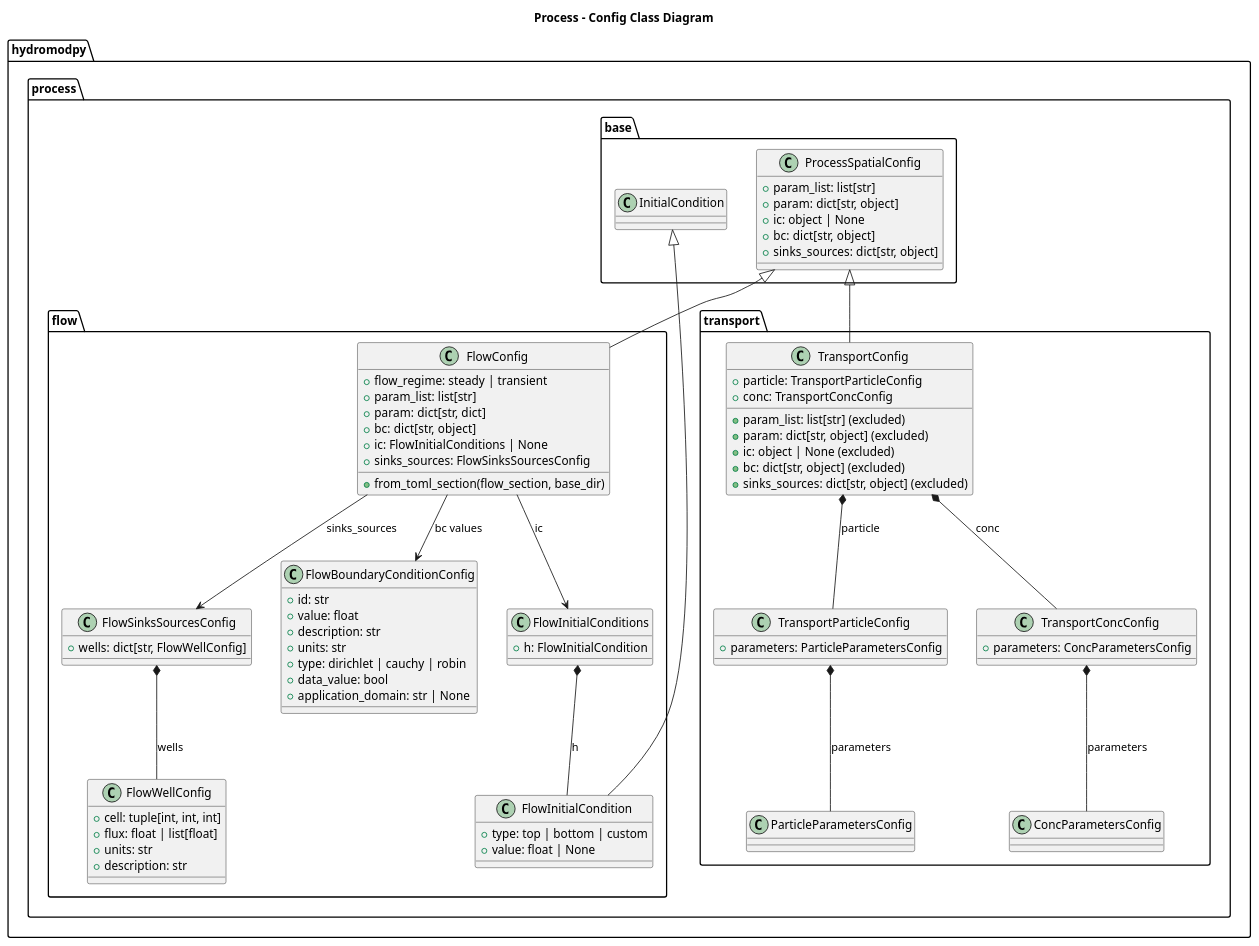
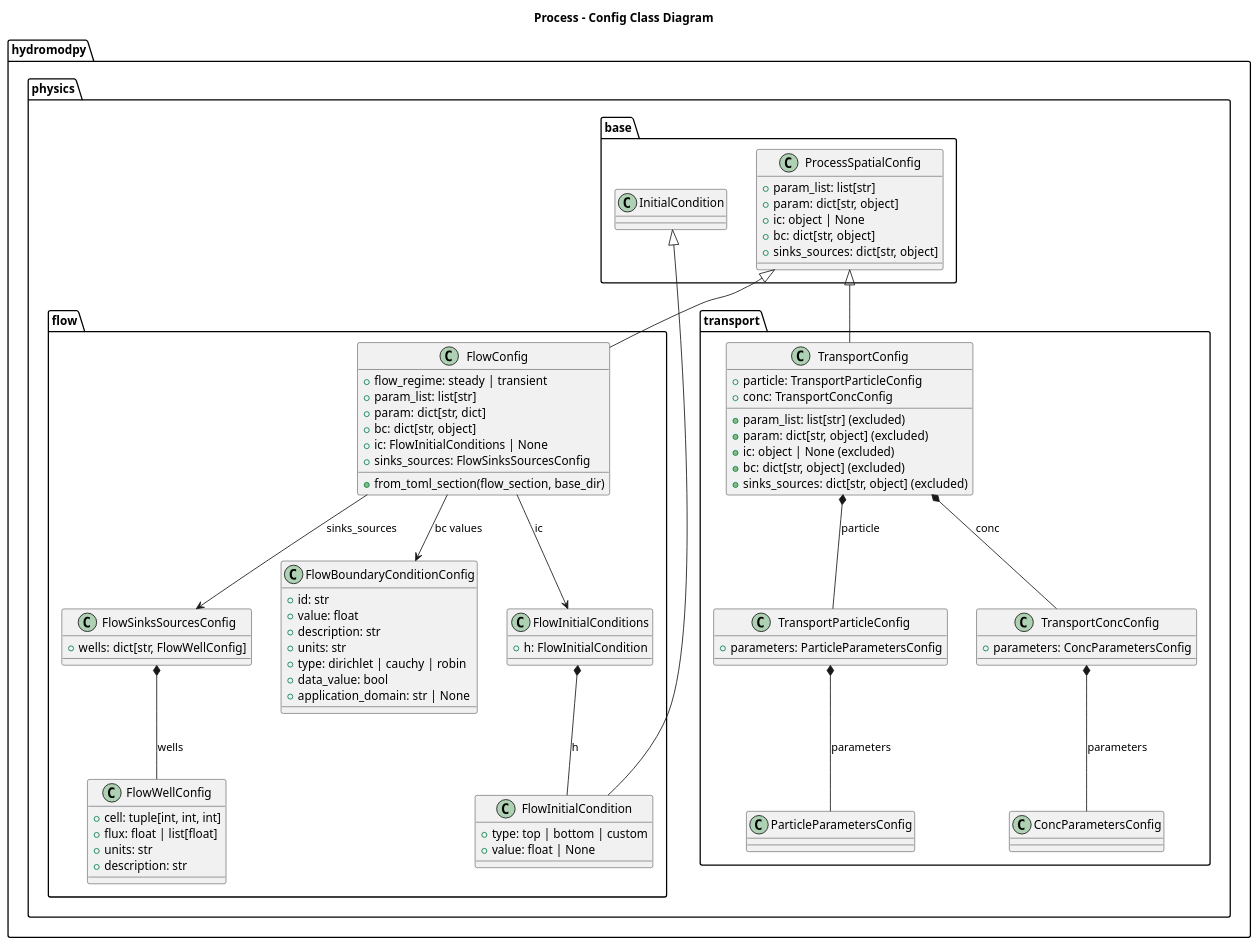
The diagram in docs/readthedocs/source/architecture/process/diagrams/process_config_class.wsd (HydroModPy/HydroModPy), drawn with PlantUML before and after one commit. The commit also changed 69 other files, not shown here.

```diff
--- a/docs/readthedocs/source/architecture/process/diagrams/process_config_class.wsd
+++ b/docs/readthedocs/source/architecture/process/diagrams/process_config_class.wsd
@@ -1,89 +1,89 @@
 @startuml
 title Process - Config Class Diagram
 
-package "hydromodpy.process.base" {
+package "hydromodpy.physics.base" {
   class ProcessSpatialConfig {
     +param_list: list[str]
     +param: dict[str, object]
     +ic: object | None
     +bc: dict[str, object]
     +sinks_sources: dict[str, object]
   }
 
   class InitialCondition
 }
 
-package "hydromodpy.process.flow" {
+package "hydromodpy.physics.flow" {
   class FlowConfig {
     +flow_regime: steady | transient
     +param_list: list[str]
     +param: dict[str, dict]
     +bc: dict[str, object]
     +ic: FlowInitialConditions | None
     +sinks_sources: FlowSinksSourcesConfig
     +from_toml_section(flow_section, base_dir)
   }
 
   class FlowInitialCondition {
     +type: top | bottom | custom
     +value: float | None
   }
   class FlowInitialConditions {
     +h: FlowInitialCondition
   }
   class FlowBoundaryConditionConfig {
     +id: str
     +value: float
     +description: str
     +units: str
     +type: dirichlet | cauchy | robin
     +data_value: bool
     +application_domain: str | None
   }
   class FlowWellConfig {
     +cell: tuple[int, int, int]
     +flux: float | list[float]
     +units: str
     +description: str
   }
   class FlowSinksSourcesConfig {
     +wells: dict[str, FlowWellConfig]
   }
 }
 
-package "hydromodpy.process.transport" {
+package "hydromodpy.physics.transport" {
   class TransportConfig {
     +particle: TransportParticleConfig
     +conc: TransportConcConfig
     +param_list: list[str] (excluded)
     +param: dict[str, object] (excluded)
     +ic: object | None (excluded)
     +bc: dict[str, object] (excluded)
     +sinks_sources: dict[str, object] (excluded)
   }
 
   class ParticleParametersConfig
   class TransportParticleConfig {
     +parameters: ParticleParametersConfig
   }
   class ConcParametersConfig
   class TransportConcConfig {
     +parameters: ConcParametersConfig
   }
 }
 
 ProcessSpatialConfig <|-- FlowConfig
 ProcessSpatialConfig <|-- TransportConfig
 
 InitialCondition <|-- FlowInitialCondition
 FlowInitialConditions *-- FlowInitialCondition : h
 FlowConfig --> FlowInitialConditions : ic
 FlowConfig --> FlowBoundaryConditionConfig : bc values
 FlowConfig --> FlowSinksSourcesConfig : sinks_sources
 FlowSinksSourcesConfig *-- FlowWellConfig : wells
 
 TransportConfig *-- TransportParticleConfig : particle
 TransportConfig *-- TransportConcConfig : conc
 TransportParticleConfig *-- ParticleParametersConfig : parameters
 TransportConcConfig *-- ConcParametersConfig : parameters
 @enduml
```
